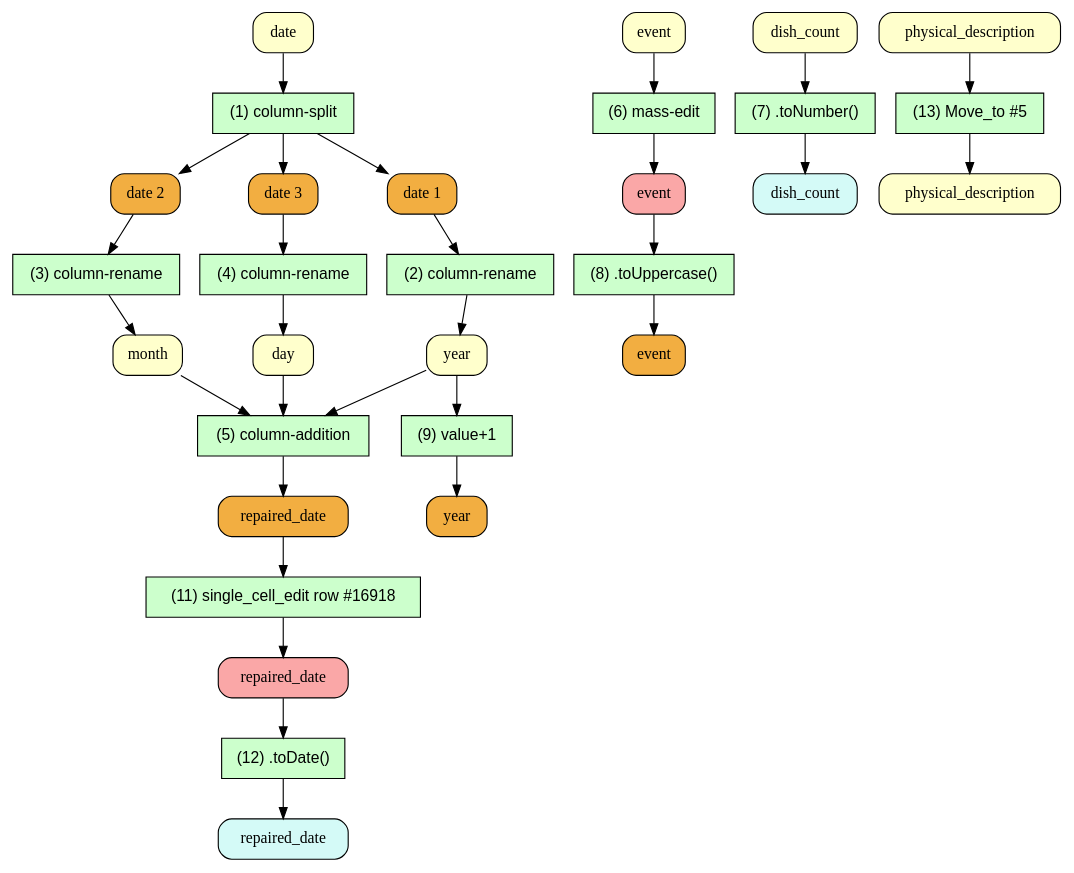
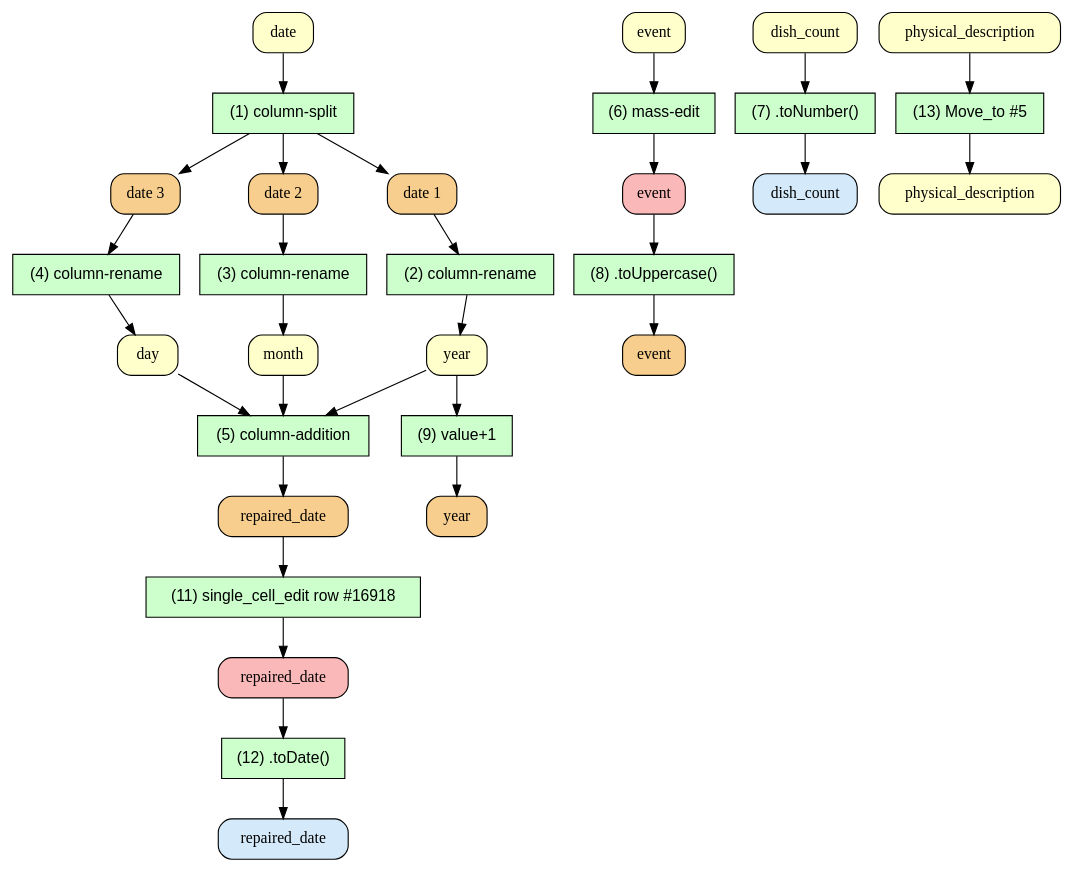
Before and after one commit to idaks/ORMA-IDCC-2021: the diagram in usecase1/parallel_view/parallel_view.gv, drawn with Graphviz. The commit also changed 20 other files, not shown here.

```diff
--- a/usecase1/parallel_view/parallel_view.gv
+++ b/usecase1/parallel_view/parallel_view.gv
@@ -1,111 +1,111 @@
 digraph ORMA {
 	node [fillcolor="#FFFFCC" shape=box style="rounded,filled"]
 	"date.v0" [label=date]
+	"date 3.v0" [label="date 3"]
 	"date 2.v0" [label="date 2"]
 	"date 1.v0" [label="date 1"]
-	"date 3.v0" [label="date 3"]
 	"date 1.v0" [label="date 1"]
 	"year.v0" [label=year]
 	"date 2.v0" [label="date 2"]
 	"month.v0" [label=month]
 	"date 3.v0" [label="date 3"]
 	"day.v0" [label=day]
 	"year.v0" [label=year]
 	"month.v0" [label=month]
 	"day.v0" [label=day]
 	"repaired_date.v0" [label=repaired_date]
 	"event.v0" [label=event]
 	"event.v1" [label=event]
 	"dish_count.v0" [label=dish_count]
 	"dish_count.v1" [label=dish_count]
 	"event.v1" [label=event]
 	"event.v2" [label=event]
 	"year.v0" [label=year]
 	"year.v1" [label=year]
 	"repaired_date.v0" [label=repaired_date]
 	"repaired_date.v1" [label=repaired_date]
 	"repaired_date.v1" [label=repaired_date]
 	"repaired_date.v2" [label=repaired_date]
 	"physical_description.v0" [label=physical_description]
 	"physical_description.v1" [label=physical_description]
 	node [fillcolor="#CCFFCC" fontname=Helvetica peripheries=1 shape=box style=filled]
 	"(1) column-split"
 	node [fillcolor="#CCFFCC" fontname=Helvetica peripheries=1 shape=box style=filled]
 	"(2) column-rename"
 	node [fillcolor="#CCFFCC" fontname=Helvetica peripheries=1 shape=box style=filled]
 	"(3) column-rename"
 	node [fillcolor="#CCFFCC" fontname=Helvetica peripheries=1 shape=box style=filled]
 	"(4) column-rename"
 	node [fillcolor="#CCFFCC" fontname=Helvetica peripheries=1 shape=box style=filled]
 	"(5) column-addition"
 	node [fillcolor="#CCFFCC" fontname=Helvetica peripheries=1 shape=box style=filled]
 	"(6) mass-edit"
 	node [fillcolor="#CCFFCC" fontname=Helvetica peripheries=1 shape=box style=filled]
 	"(7) .toNumber()"
 	node [fillcolor="#CCFFCC" fontname=Helvetica peripheries=1 shape=box style=filled]
 	"(8) .toUppercase()"
 	node [fillcolor="#CCFFCC" fontname=Helvetica peripheries=1 shape=box style=filled]
 	"(9) value+1"
 	node [fillcolor="#CCFFCC" fontname=Helvetica peripheries=1 shape=box style=filled]
 	"(11) single_cell_edit row #16918"
 	node [fillcolor="#CCFFCC" fontname=Helvetica peripheries=1 shape=box style=filled]
 	"(12) .toDate()"
 	node [fillcolor="#CCFFCC" fontname=Helvetica peripheries=1 shape=box style=filled]
 	"(13) Move_to #5"
 	"date.v0" [label=date fillcolor="#FFFFCC"]
-	"date 2.v0" [label="date 2" fillcolor="#f2ae41"]
-	"date 1.v0" [label="date 1" fillcolor="#f2ae41"]
-	"date 3.v0" [label="date 3" fillcolor="#f2ae41"]
-	"date 1.v0" [label="date 1" fillcolor="#f2ae41"]
+	"date 3.v0" [label="date 3" fillcolor="#f7ce8d"]
+	"date 2.v0" [label="date 2" fillcolor="#f7ce8d"]
+	"date 1.v0" [label="date 1" fillcolor="#f7ce8d"]
+	"date 1.v0" [label="date 1" fillcolor="#f7ce8d"]
 	"year.v0" [label=year fillcolor="#FFFFCC"]
-	"date 2.v0" [label="date 2" fillcolor="#f2ae41"]
+	"date 2.v0" [label="date 2" fillcolor="#f7ce8d"]
 	"month.v0" [label=month fillcolor="#FFFFCC"]
-	"date 3.v0" [label="date 3" fillcolor="#f2ae41"]
+	"date 3.v0" [label="date 3" fillcolor="#f7ce8d"]
 	"day.v0" [label=day fillcolor="#FFFFCC"]
 	"year.v0" [label=year fillcolor="#FFFFCC"]
 	"month.v0" [label=month fillcolor="#FFFFCC"]
 	"day.v0" [label=day fillcolor="#FFFFCC"]
-	"repaired_date.v0" [label=repaired_date fillcolor="#f2ae41"]
+	"repaired_date.v0" [label=repaired_date fillcolor="#f7ce8d"]
 	"event.v0" [label=event fillcolor="#FFFFCC"]
-	"event.v1" [label=event fillcolor="#faa7a7"]
+	"event.v1" [label=event fillcolor="#fbb8b8"]
 	"dish_count.v0" [label=dish_count fillcolor="#FFFFCC"]
-	"dish_count.v1" [label=dish_count fillcolor="#d4faf7"]
-	"event.v1" [label=event fillcolor="#faa7a7"]
-	"event.v2" [label=event fillcolor="#f2ae41"]
+	"dish_count.v1" [label=dish_count fillcolor="#d4eafa"]
+	"event.v1" [label=event fillcolor="#fbb8b8"]
+	"event.v2" [label=event fillcolor="#f7ce8d"]
 	"year.v0" [label=year fillcolor="#FFFFCC"]
-	"year.v1" [label=year fillcolor="#f2ae41"]
-	"repaired_date.v0" [label=repaired_date fillcolor="#f2ae41"]
-	"repaired_date.v1" [label=repaired_date fillcolor="#faa7a7"]
-	"repaired_date.v1" [label=repaired_date fillcolor="#faa7a7"]
-	"repaired_date.v2" [label=repaired_date fillcolor="#d4faf7"]
+	"year.v1" [label=year fillcolor="#f7ce8d"]
+	"repaired_date.v0" [label=repaired_date fillcolor="#f7ce8d"]
+	"repaired_date.v1" [label=repaired_date fillcolor="#fbb8b8"]
+	"repaired_date.v1" [label=repaired_date fillcolor="#fbb8b8"]
+	"repaired_date.v2" [label=repaired_date fillcolor="#d4eafa"]
 	"physical_description.v0" [label=physical_description fillcolor="#FFFFCC"]
 	"physical_description.v1" [label=physical_description fillcolor="#FFFFCC"]
 	"date.v0" -> "(1) column-split"
+	"(1) column-split" -> "date 3.v0"
 	"(1) column-split" -> "date 2.v0"
 	"(1) column-split" -> "date 1.v0"
-	"(1) column-split" -> "date 3.v0"
 	"date 1.v0" -> "(2) column-rename"
 	"(2) column-rename" -> "year.v0"
 	"date 2.v0" -> "(3) column-rename"
 	"(3) column-rename" -> "month.v0"
 	"date 3.v0" -> "(4) column-rename"
 	"(4) column-rename" -> "day.v0"
 	"year.v0" -> "(5) column-addition"
 	"month.v0" -> "(5) column-addition"
 	"day.v0" -> "(5) column-addition"
 	"(5) column-addition" -> "repaired_date.v0"
 	"event.v0" -> "(6) mass-edit"
 	"(6) mass-edit" -> "event.v1"
 	"dish_count.v0" -> "(7) .toNumber()"
 	"(7) .toNumber()" -> "dish_count.v1"
 	"event.v1" -> "(8) .toUppercase()"
 	"(8) .toUppercase()" -> "event.v2"
 	"year.v0" -> "(9) value+1"
 	"(9) value+1" -> "year.v1"
 	"repaired_date.v0" -> "(11) single_cell_edit row #16918"
 	"(11) single_cell_edit row #16918" -> "repaired_date.v1"
 	"repaired_date.v1" -> "(12) .toDate()"
 	"(12) .toDate()" -> "repaired_date.v2"
 	"physical_description.v0" -> "(13) Move_to #5"
 	"(13) Move_to #5" -> "physical_description.v1"
 }
```
